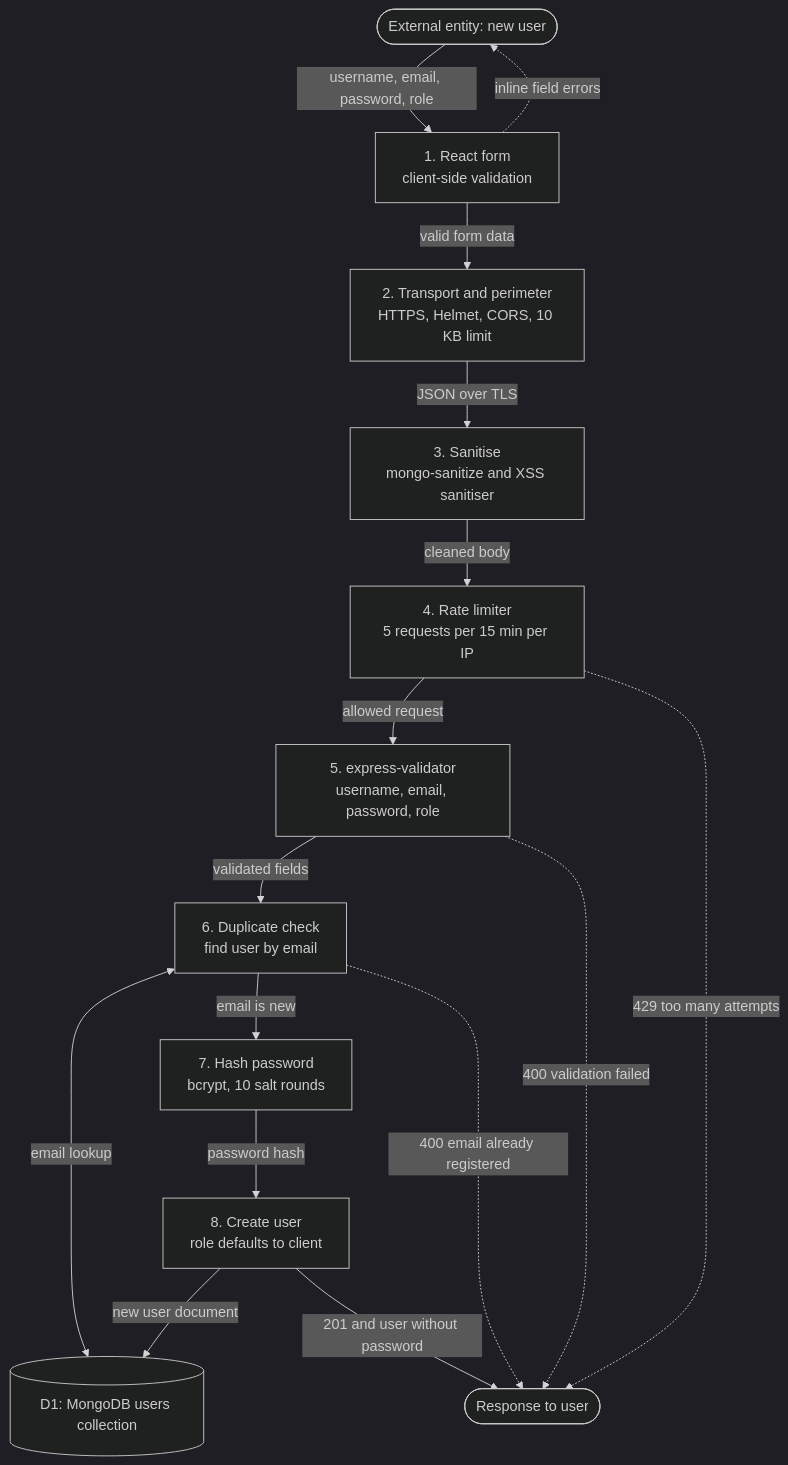
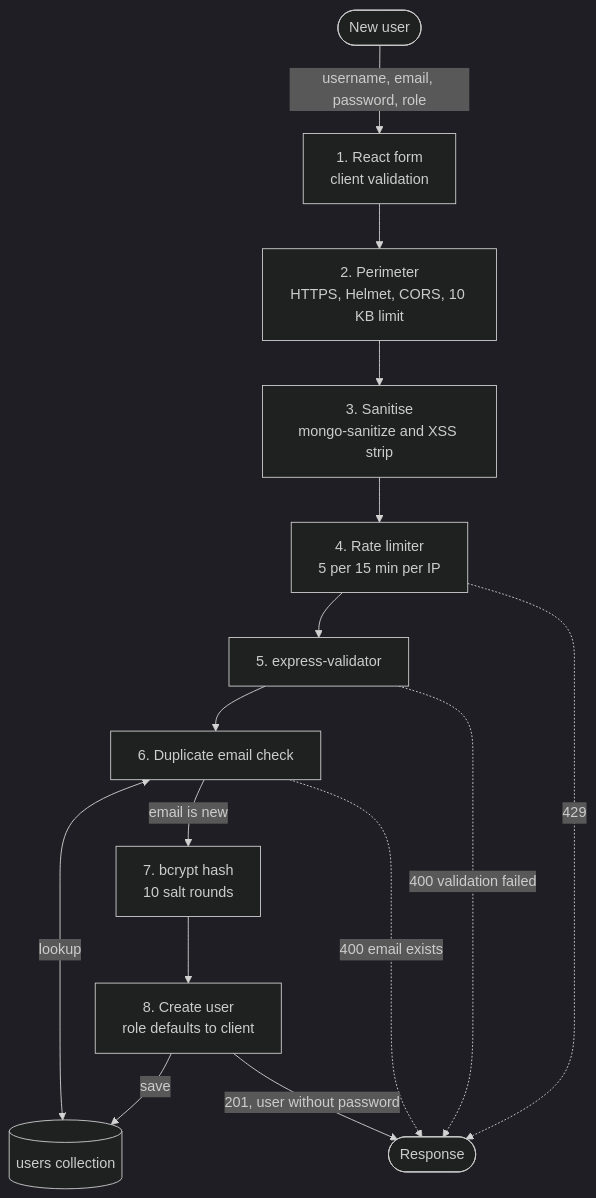
The second of 4 diagrams in README.md (ChippsEthan/INSY7314Group), drawn with Mermaid (dark theme) before and after one commit. The commit also changed other lines of this file, not shown here.

````diff
--- a/README.md
+++ b/README.md
@@ -194,31 +118,24 @@
 ```mermaid
 flowchart TD
-  U(["External entity: new user"])
-  P1["1. React form<br/>client-side validation"]
-  P2["2. Transport and perimeter<br/>HTTPS, Helmet, CORS, 10 KB limit"]
-  P3["3. Sanitise<br/>mongo-sanitize and XSS sanitiser"]
-  P4["4. Rate limiter<br/>5 requests per 15 min per IP"]
-  P5["5. express-validator<br/>username, email, password, role"]
-  P6["6. Duplicate check<br/>find user by email"]
-  P7["7. Hash password<br/>bcrypt, 10 salt rounds"]
+  U(["New user"])
+  P1["1. React form<br/>client validation"]
+  P2["2. Perimeter<br/>HTTPS, Helmet, CORS, 10 KB limit"]
+  P3["3. Sanitise<br/>mongo-sanitize and XSS strip"]
+  P4["4. Rate limiter<br/>5 per 15 min per IP"]
+  P5["5. express-validator"]
+  P6["6. Duplicate email check"]
+  P7["7. bcrypt hash<br/>10 salt rounds"]
   P8["8. Create user<br/>role defaults to client"]
-  D1[("D1: MongoDB users collection")]
-  R(["Response to user"])
+  D1[("users collection")]
+  R(["Response"])
 
   U -- "username, email, password, role" --> P1
-  P1 -- "valid form data" --> P2
-  P2 -- "JSON over TLS" --> P3
-  P3 -- "cleaned body" --> P4
-  P4 -- "allowed request" --> P5
-  P5 -- "validated fields" --> P6
-  P6 <-- "email lookup" --> D1
-  P6 -- "email is new" --> P7
-  P7 -- "password hash" --> P8
-  P8 -- "new user document" --> D1
-  P8 -- "201 and user without password" --> R
-
-  P1 -. "inline field errors" .-> U
-  P4 -. "429 too many attempts" .-> R
+  P1 --> P2 --> P3 --> P4 --> P5 --> P6
+  P6 <-- "lookup" --> D1
+  P6 -- "email is new" --> P7 --> P8
+  P8 -- "save" --> D1
+  P8 -- "201, user without password" --> R
+  P4 -. "429" .-> R
   P5 -. "400 validation failed" .-> R
-  P6 -. "400 email already registered" .-> R
+  P6 -. "400 email exists" .-> R
 ```
````
